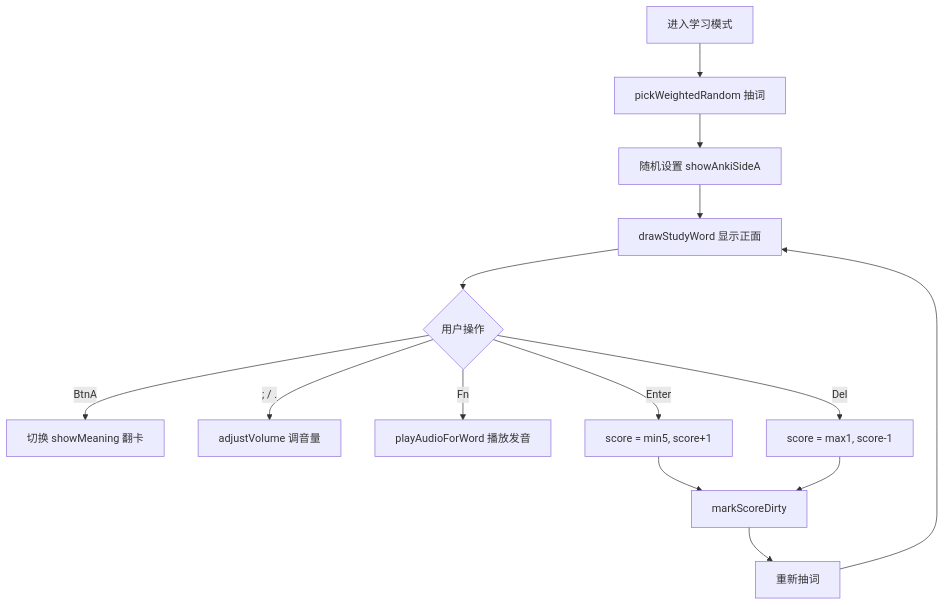
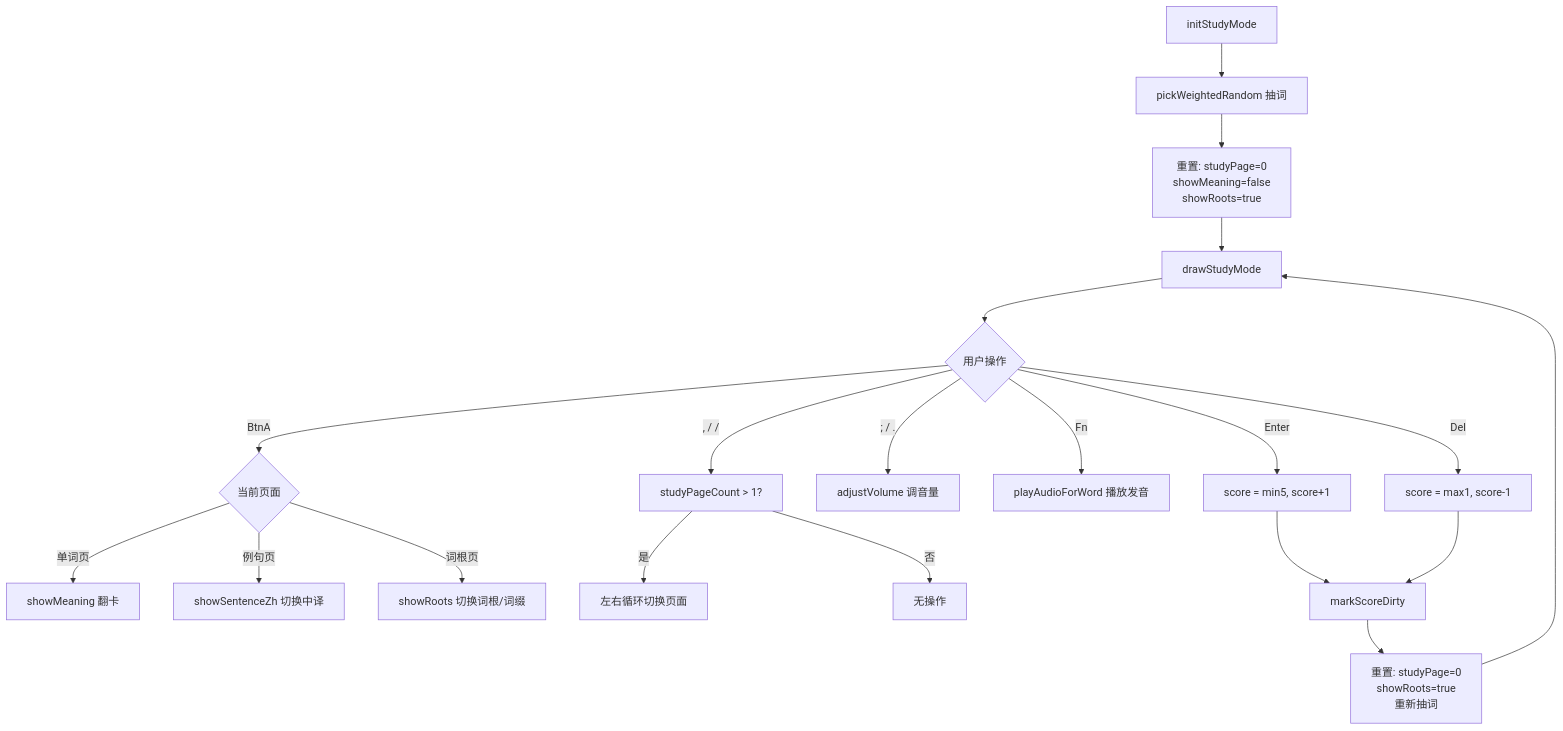
The first of 2 diagrams in docs/zh-CN/ModeStudy.md (Mr-xiaotian/WordCardputer), drawn with Mermaid before and after one commit. The commit also changed other lines of this file and 23 other files, not shown here.

````diff
--- a/docs/zh-CN/ModeStudy.md
+++ b/docs/zh-CN/ModeStudy.md
@@ -19,15 +54,26 @@
 ```mermaid
 flowchart TD
-    A[进入学习模式] --> B[pickWeightedRandom 抽词]
-    B --> C[随机设置 showAnkiSideA]
-    C --> D[drawStudyWord 显示正面]
+    A[initStudyMode] --> B[pickWeightedRandom 抽词]
+    B --> C[重置: studyPage=0<br/>showMeaning=false<br/>showRoots=true]
+    C --> D[drawStudyMode]
     D --> E{用户操作}
-    E -->|BtnA| F[切换 showMeaning 翻卡]
-    E -->|; / .| G[adjustVolume 调音量]
-    E -->|Fn| H[playAudioForWord 播放发音]
-    E -->|Enter| I[score = min5, score+1]
-    E -->|Del| J[score = max1, score-1]
-    I & J --> K[markScoreDirty]
-    K --> L[重新抽词]
-    L --> D
+
+    E -->|BtnA| F{当前页面}
+    F -->|单词页| G[showMeaning 翻卡]
+    F -->|例句页| H[showSentenceZh 切换中译]
+    F -->|词根页| I[showRoots 切换词根/词缀]
+
+    E -->|, / /| J[studyPageCount > 1?]
+    J -->|是| K[左右循环切换页面]
+    J -->|否| L[无操作]
+
+    E -->|; / .| M[adjustVolume 调音量]
+    E -->|Fn| N[playAudioForWord 播放发音]
+
+    E -->|Enter| O[score = min5, score+1]
+    E -->|Del| P[score = max1, score-1]
+
+    O & P --> Q[markScoreDirty]
+    Q --> R[重置: studyPage=0<br/>showRoots=true<br/>重新抽词]
+    R --> D
 ```
````
